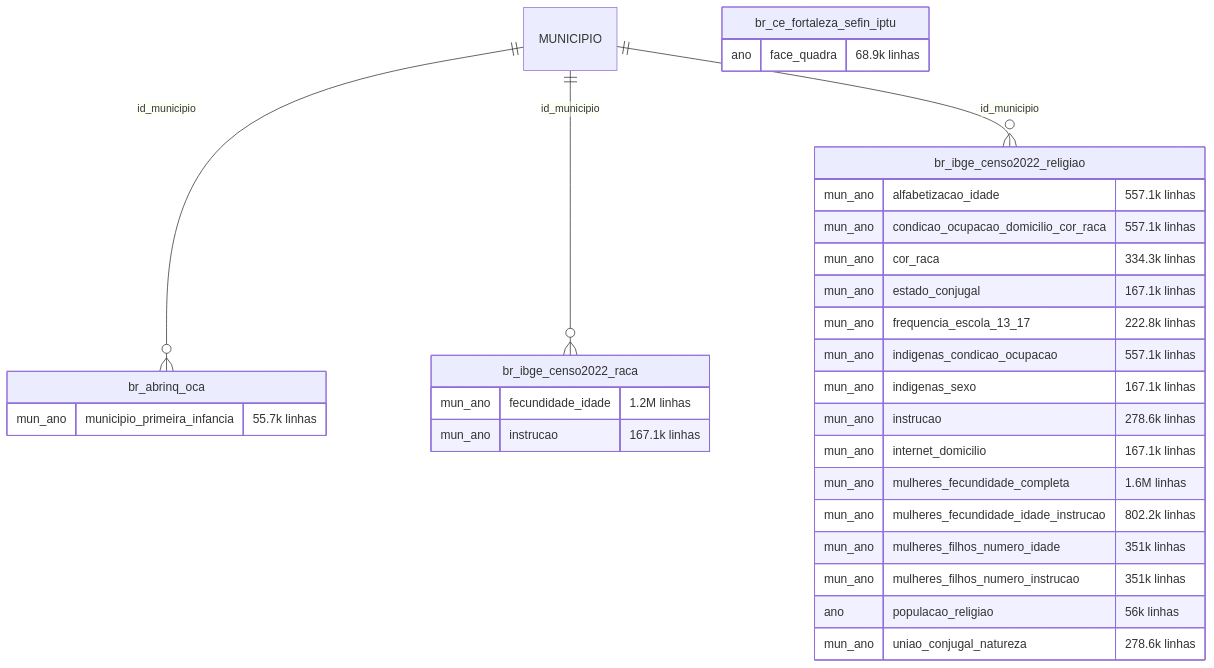
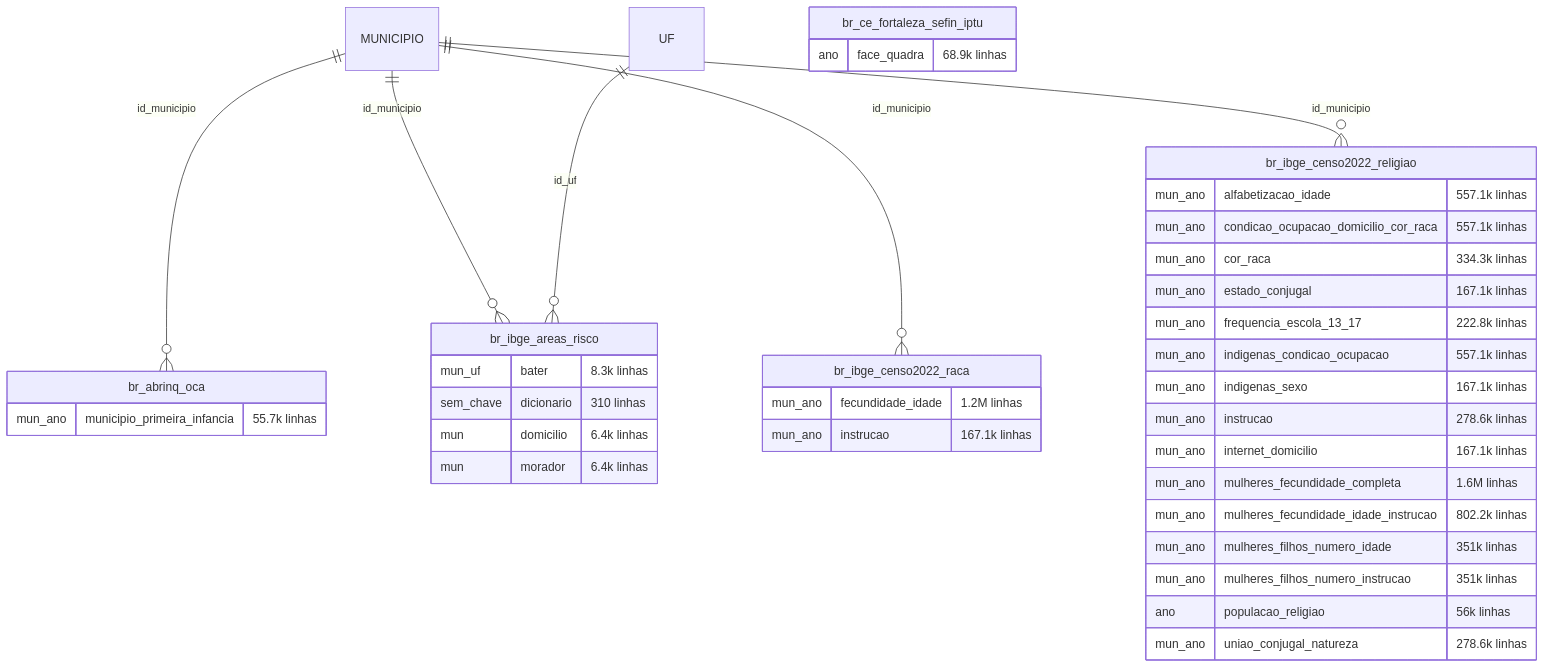
Before and after one commit to rafapolo/rodado: diagram 26 of 37 in docs/mapa/ERD.md, drawn with Mermaid. The commit also changed other lines of this file and 39 other files, not shown here.

````diff
--- a/docs/mapa/ERD.md
+++ b/docs/mapa/ERD.md
@@ -2192,33 +2336,41 @@
 ```mermaid
 erDiagram
     MUNICIPIO ||--o{ br_abrinq_oca : "id_municipio"
+    MUNICIPIO ||--o{ br_ibge_areas_risco : "id_municipio"
+    UF ||--o{ br_ibge_areas_risco : "id_uf"
     MUNICIPIO ||--o{ br_ibge_censo2022_raca : "id_municipio"
     MUNICIPIO ||--o{ br_ibge_censo2022_religiao : "id_municipio"
     br_abrinq_oca {
         mun_ano municipio_primeira_infancia "55.7k linhas"
     }
     br_ce_fortaleza_sefin_iptu {
         ano face_quadra "68.9k linhas"
+    }
+    br_ibge_areas_risco {
+        mun_uf bater "8.3k linhas"
+        sem_chave dicionario "310 linhas"
+        mun domicilio "6.4k linhas"
+        mun morador "6.4k linhas"
     }
     br_ibge_censo2022_raca {
         mun_ano fecundidade_idade "1.2M linhas"
         mun_ano instrucao "167.1k linhas"
     }
     br_ibge_censo2022_religiao {
         mun_ano alfabetizacao_idade "557.1k linhas"
         mun_ano condicao_ocupacao_domicilio_cor_raca "557.1k linhas"
         mun_ano cor_raca "334.3k linhas"
         mun_ano estado_conjugal "167.1k linhas"
         mun_ano frequencia_escola_13_17 "222.8k linhas"
         mun_ano indigenas_condicao_ocupacao "557.1k linhas"
         mun_ano indigenas_sexo "167.1k linhas"
         mun_ano instrucao "278.6k linhas"
         mun_ano internet_domicilio "167.1k linhas"
         mun_ano mulheres_fecundidade_completa "1.6M linhas"
         mun_ano mulheres_fecundidade_idade_instrucao "802.2k linhas"
         mun_ano mulheres_filhos_numero_idade "351k linhas"
         mun_ano mulheres_filhos_numero_instrucao "351k linhas"
         ano populacao_religiao "56k linhas"
         mun_ano uniao_conjugal_natureza "278.6k linhas"
     }
 ```
````
